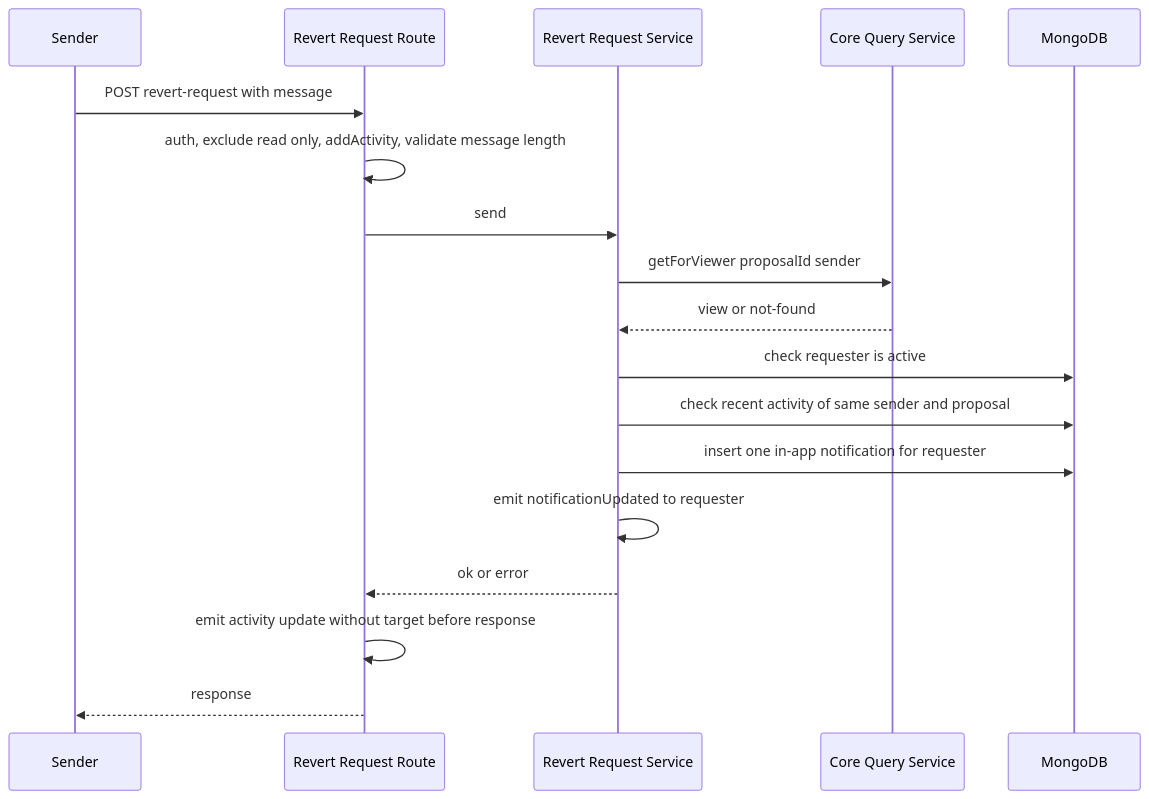
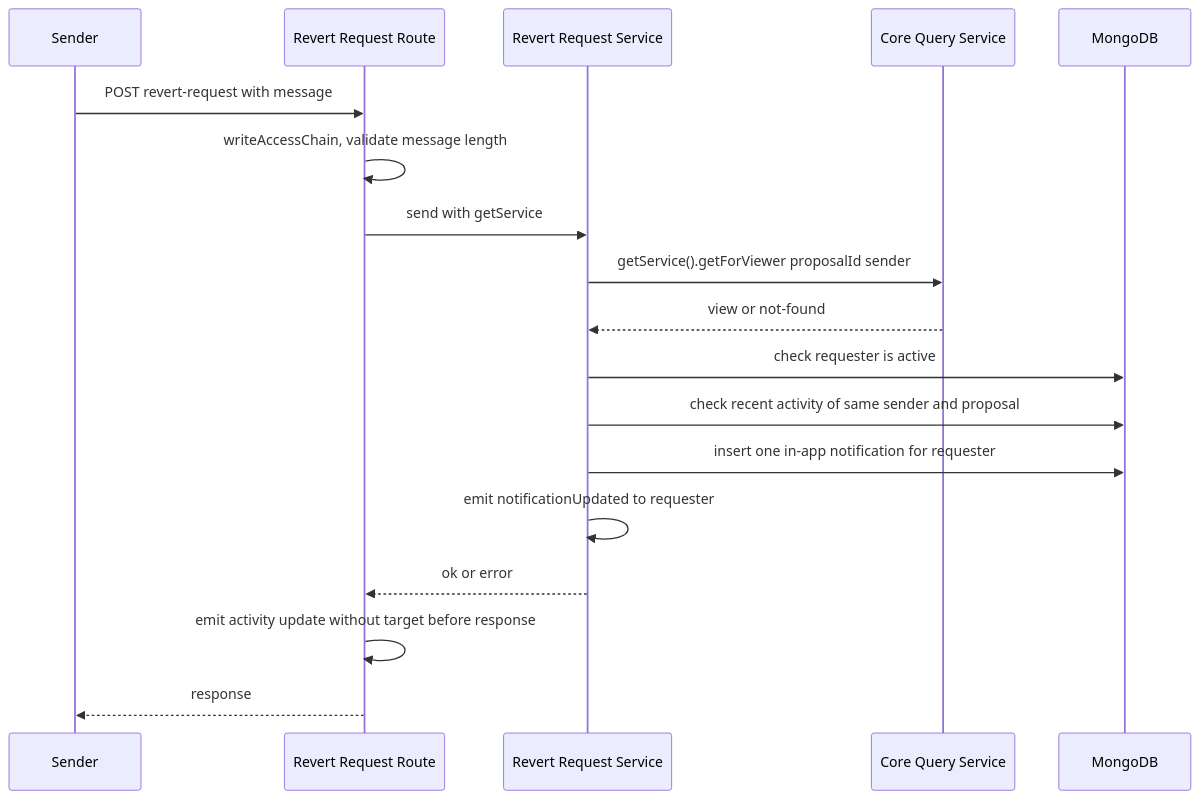
The fourth of 4 diagrams in .kiro/specs/change-proposal-viewer/design.md (growilabs/growi), drawn with Mermaid before and after one commit. The commit also changed other lines of this file and 9 other files, not shown here.

First line of the commit message:
docs(change-proposal): align the viewer spec with the shipped core and keep paths of deleted pages

````diff
--- a/.kiro/specs/change-proposal-viewer/design.md
+++ b/.kiro/specs/change-proposal-viewer/design.md
@@ -283,20 +300,20 @@
 ```mermaid
 sequenceDiagram
     participant Sender as Sender
     participant Route as Revert Request Route
     participant Svc as Revert Request Service
     participant Query as Core Query Service
     participant DB as MongoDB
     Sender->>Route: POST revert-request with message
-    Route->>Route: auth, exclude read only, addActivity, validate message length
-    Route->>Svc: send
-    Svc->>Query: getForViewer proposalId sender
+    Route->>Route: writeAccessChain, validate message length
+    Route->>Svc: send with getService
+    Svc->>Query: getService().getForViewer proposalId sender
     Query-->>Svc: view or not-found
     Svc->>DB: check requester is active
     Svc->>DB: check recent activity of same sender and proposal
     Svc->>DB: insert one in-app notification for requester
     Svc->>Svc: emit notificationUpdated to requester
     Svc-->>Route: ok or error
     Route->>Route: emit activity update without target before response
     Route-->>Sender: response
 ```
````
